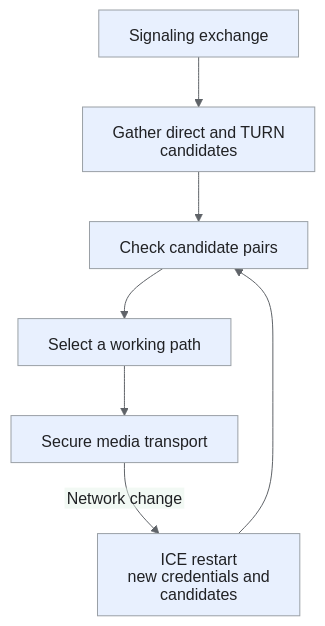
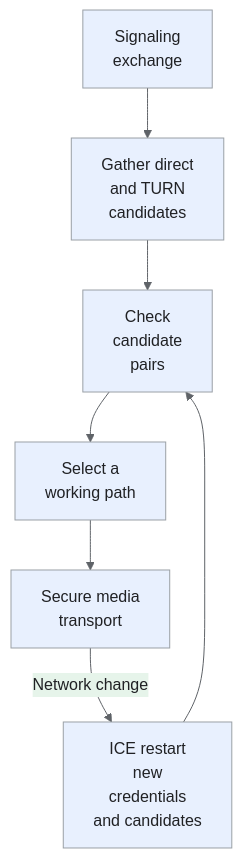
Before and after one commit to iliazlobin/iliazlobin.github.io: the seventh of 10 diagrams in _designs/system-design-video-conferencing-zoom.md, drawn with Mermaid. The commit also changed other lines of this file and 116 other files, not shown here.

````diff
--- a/_designs/system-design-video-conferencing-zoom.md
+++ b/_designs/system-design-video-conferencing-zoom.md
@@ -414,15 +418,15 @@
 ```mermaid
-%%{init: {'theme':'base','htmlLabels':false,'flowchart':{'htmlLabels':false},'themeVariables':{'fontFamily':'Arial, sans-serif','primaryColor':'#e8f0fe','primaryTextColor':'#202124','primaryBorderColor':'#9aa0a6','lineColor':'#5f6368','secondaryColor':'#e6f4ea','tertiaryColor':'#fef7e0','actorBkg':'#e8f0fe','actorBorder':'#9aa0a6','actorTextColor':'#202124','noteBkgColor':'#fef7e0','noteTextColor':'#202124','noteBorderColor':'#9aa0a6','signalColor':'#5f6368','signalTextColor':'#202124','labelBoxBkgColor':'#fef7e0','labelBoxBorderColor':'#9aa0a6'}}}%%
+%%{init: {"theme":"base","themeVariables":{"primaryColor":"#e8f0fe","primaryBorderColor":"#9aa0a6","primaryTextColor":"#202124","secondaryColor":"#e6f4ea","tertiaryColor":"#fef7e0","lineColor":"#5f6368","actorBkg":"#e8f0fe","actorBorder":"#9aa0a6","actorTextColor":"#202124","noteBkgColor":"#fef7e0","noteBorderColor":"#9aa0a6","noteTextColor":"#202124","signalColor":"#5f6368","signalTextColor":"#202124"}}}%%
 flowchart TB
-  S["Signaling exchange"] --> G["Gather direct and TURN candidates"]
-  G --> C["Check candidate pairs"]
-  C --> N["Select a working path"]
-  N --> M["Secure media transport"]
-  M -->|"Network change"| R["ICE restart<br>new credentials and candidates"]
+  S["Signaling<br>exchange"] --> G["Gather direct<br>and TURN<br>candidates"]
+  G --> C["Check<br>candidate<br>pairs"]
+  C --> N["Select a<br>working path"]
+  N --> M["Secure media<br>transport"]
+  M -->|"Network change"| R["ICE restart<br>new<br>credentials<br>and candidates"]
   R --> C
 classDef request fill:#e8f0fe,stroke:#9aa0a6,color:#202124;
 classDef data fill:#e6f4ea,stroke:#9aa0a6,color:#202124;
 classDef control fill:#fef7e0,stroke:#9aa0a6,color:#202124;
 classDef danger fill:#fce8e6,stroke:#9aa0a6,color:#202124;
 class S,G,C,N,M,R request;
 ```
````
